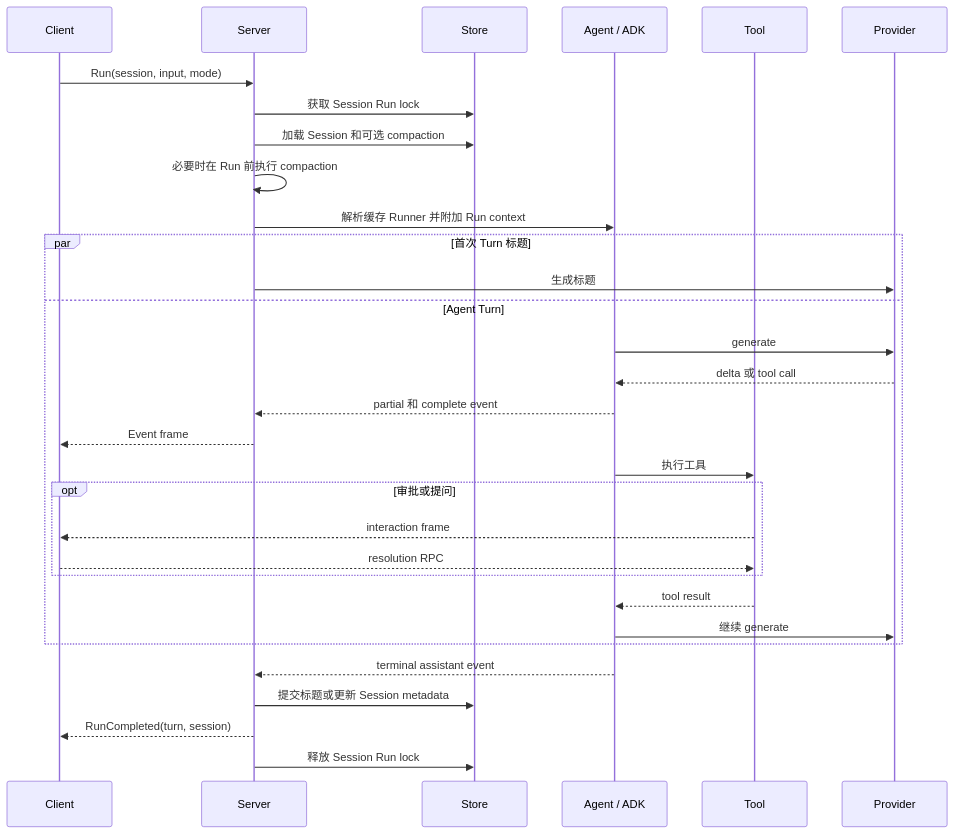
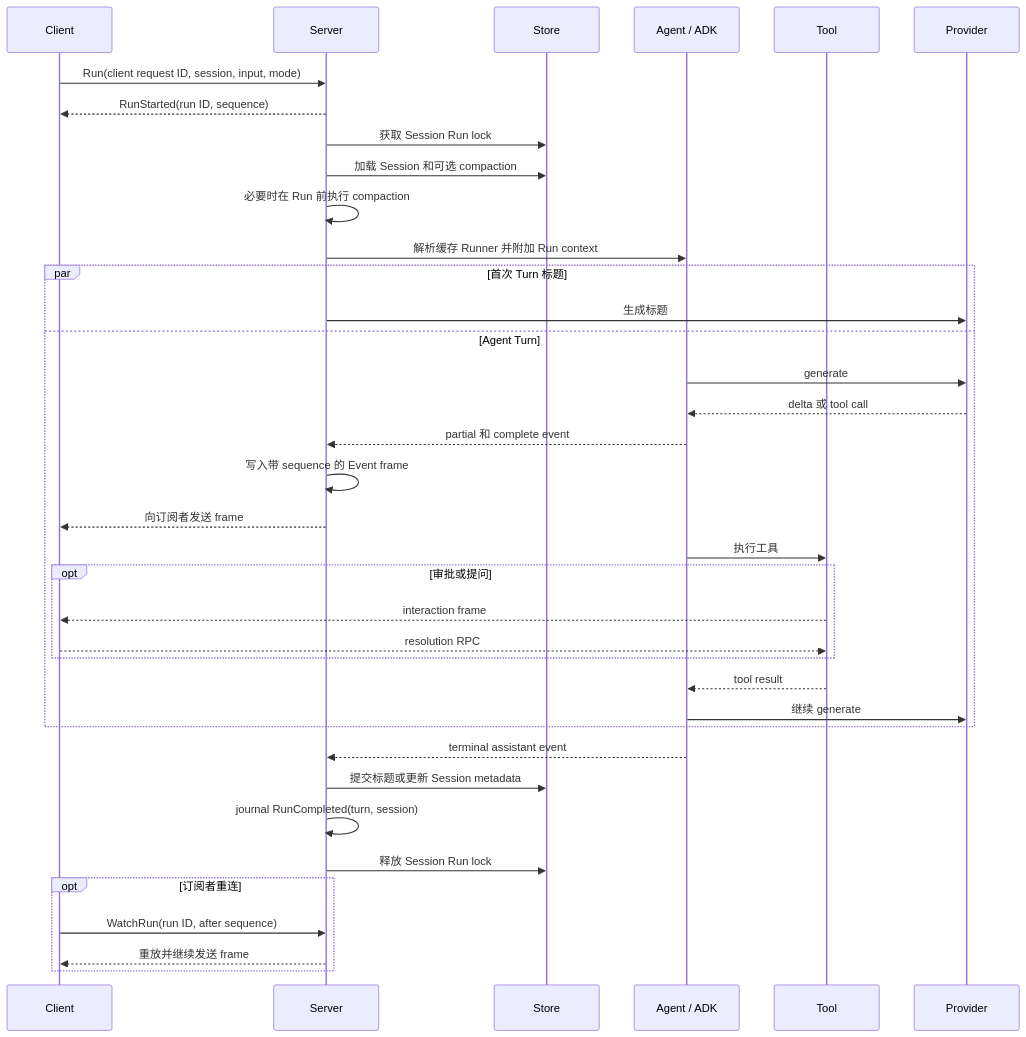
One commit to soasurs/koda changed the diagram in docs/architecture/run-lifecycle_zh-CN.md. Above: the diagram before and after it, drawn with Mermaid. The commit also changed other lines of this file and 25 other files, not shown here.

````diff
--- a/docs/architecture/run-lifecycle_zh-CN.md
+++ b/docs/architecture/run-lifecycle_zh-CN.md
@@ -20,34 +23,40 @@
 ```mermaid
 sequenceDiagram
     participant C as Client
     participant S as Server
     participant DB as Store
     participant A as Agent / ADK
     participant T as Tool
     participant P as Provider
 
-    C->>S: Run(session, input, mode)
+    C->>S: Run(client request ID, session, input, mode)
+    S-->>C: RunStarted(run ID, sequence)
     S->>DB: 获取 Session Run lock
     S->>DB: 加载 Session 和可选 compaction
     S->>S: 必要时在 Run 前执行 compaction
     S->>A: 解析缓存 Runner 并附加 Run context
     par 首次 Turn 标题
         S->>P: 生成标题
     and Agent Turn
         A->>P: generate
         P-->>A: delta 或 tool call
         A-->>S: partial 和 complete event
-        S-->>C: Event frame
+        S->>S: 写入带 sequence 的 Event frame
+        S-->>C: 向订阅者发送 frame
         A->>T: 执行工具
         opt 审批或提问
             T-->>C: interaction frame
             C-->>T: resolution RPC
         end
         T-->>A: tool result
         A->>P: 继续 generate
     end
     A-->>S: terminal assistant event
     S->>DB: 提交标题或更新 Session metadata
-    S-->>C: RunCompleted(turn, session)
+    S->>S: journal RunCompleted(turn, session)
     S->>DB: 释放 Session Run lock
+    opt 订阅者重连
+        C->>S: WatchRun(run ID, after sequence)
+        S-->>C: 重放并继续发送 frame
+    end
 ```
````
